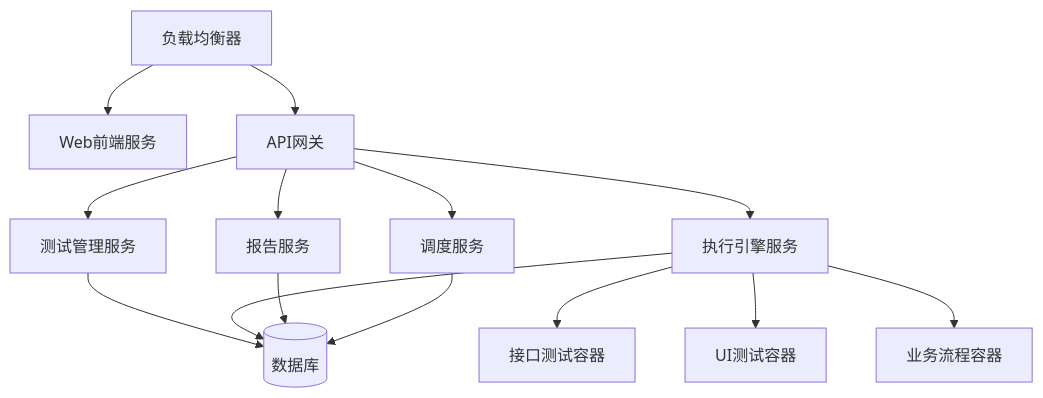
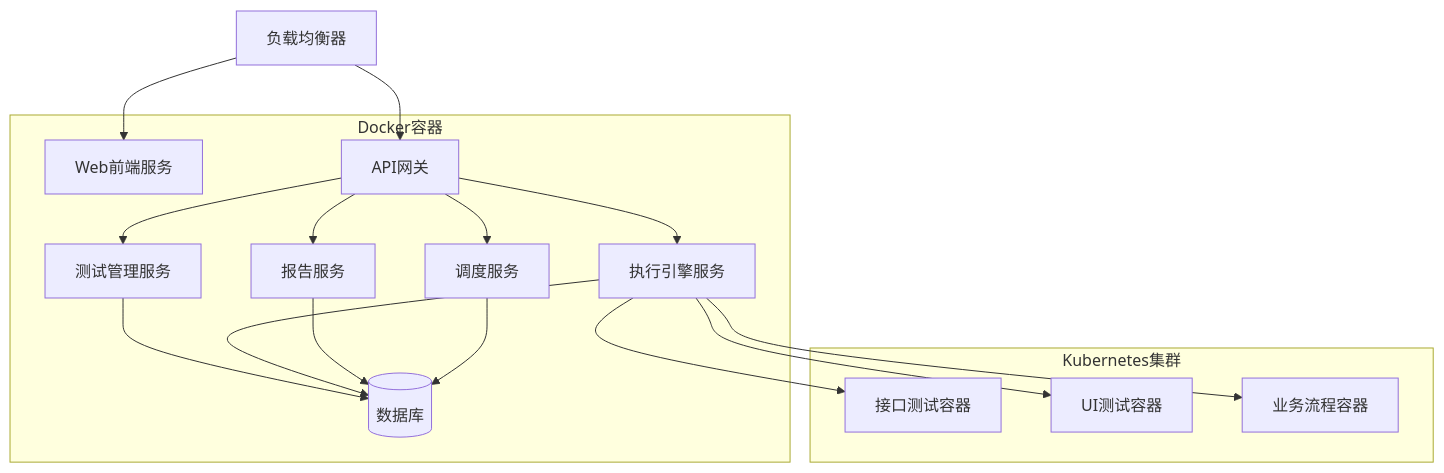
One commit to haiyangxhy/end2end-testing-service changed the sixth of 6 diagrams in .qoder/quests/system-testing-platform-development.md. Above: the diagram before and after it, drawn with Mermaid. The commit also changed other lines of this file, not shown here.

````diff
--- a/.qoder/quests/system-testing-platform-development.md
+++ b/.qoder/quests/system-testing-platform-development.md
@@ -270,18 +297,34 @@
 ```mermaid
 graph TD
     A[负载均衡器] --> B[Web前端服务]
     A --> C[API网关]
     C --> D[测试管理服务]
     C --> E[执行引擎服务]
     C --> F[报告服务]
     C --> G[调度服务]
     
     D --> H[(数据库)]
     E --> H
     F --> H
     G --> H
     
     E --> I[接口测试容器]
     E --> J[UI测试容器]
     E --> K[业务流程容器]
+
+    subgraph Docker容器
+        B
+        C
+        D
+        E
+        F
+        G
+        H
+    end
+
+    subgraph Kubernetes集群
+        I
+        J
+        K
+    end
 ```
````
